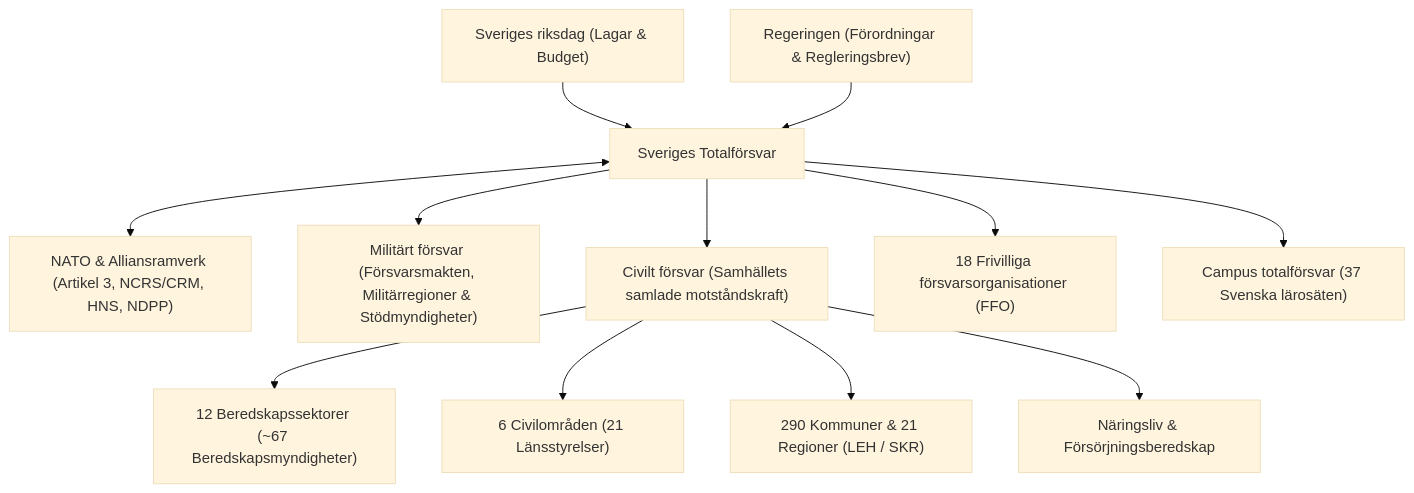
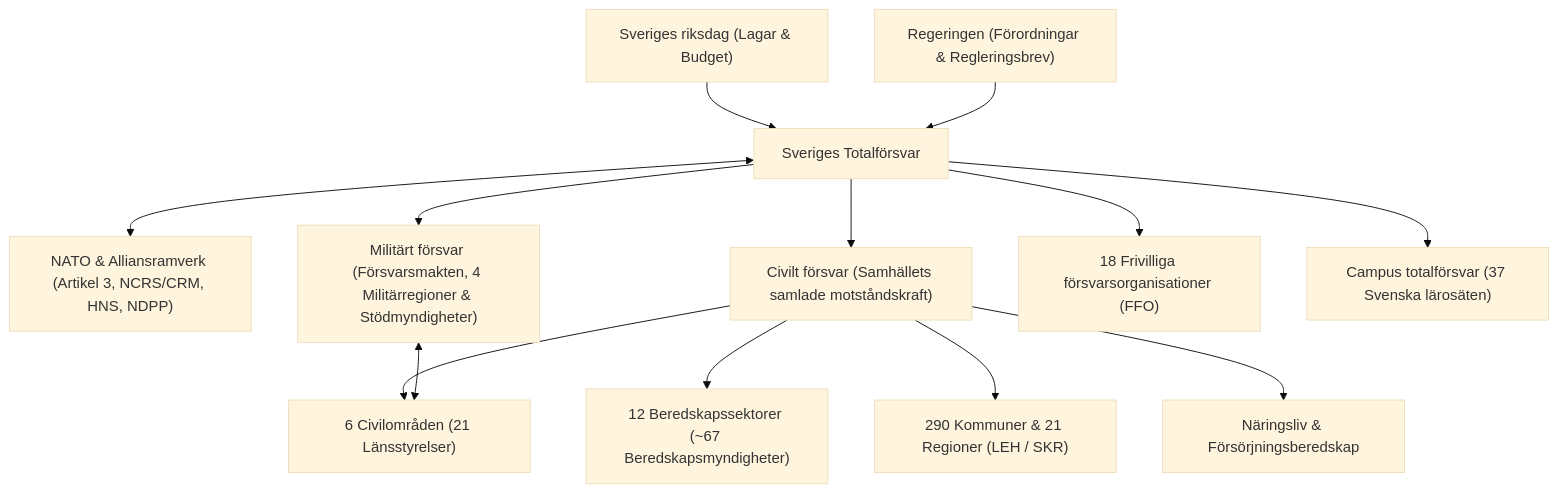
Before and after one commit to flinnander/totalforsvaret: the diagram in exports/markdown/OVERSIKT_L1.md, drawn with Mermaid (base theme). The commit also changed other lines of this file and 208 other files, not shown here.

````diff
--- a/exports/markdown/OVERSIKT_L1.md
+++ b/exports/markdown/OVERSIKT_L1.md
@@ -7,14 +7,15 @@
 ```mermaid
 flowchart TD
     Riksdagen["Sveriges riksdag (Lagar & Budget)"] --> TF["Sveriges Totalförsvar"]
     Regeringen["Regeringen (Förordningar & Regleringsbrev)"] --> TF
     TF <--> NATO["NATO & Alliansramverk (Artikel 3, NCRS/CRM, HNS, NDPP)"]
-    TF --> MF["Militärt försvar (Försvarsmakten, Militärregioner & Stödmyndigheter)"]
+    TF --> MF["Militärt försvar (Försvarsmakten, 4 Militärregioner & Stödmyndigheter)"]
     TF --> CF["Civilt försvar (Samhällets samlade motståndskraft)"]
     CF --> Sektorer["12 Beredskapssektorer (~67 Beredskapsmyndigheter)"]
     CF --> Civilomr["6 Civilområden (21 Länsstyrelser)"]
+    MF <--> Civilomr
     CF --> KommunRegion["290 Kommuner & 21 Regioner (LEH / SKR)"]
     TF --> FFO["18 Frivilliga försvarsorganisationer (FFO)"]
     TF --> Campus["Campus totalförsvar (37 Svenska lärosäten)"]
     CF --> Naringsliv["Näringsliv & Försörjningsberedskap"]
 ```
````
